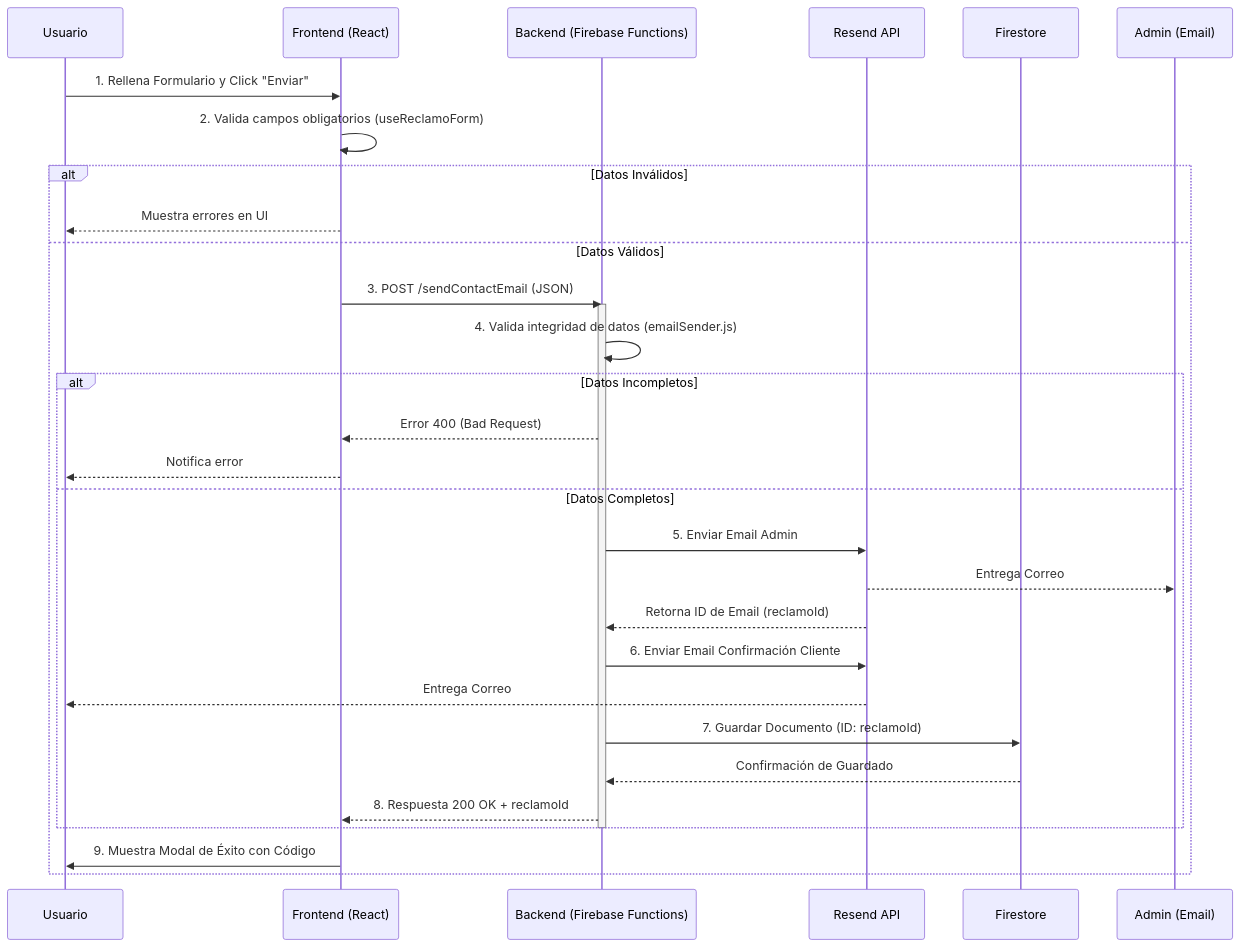
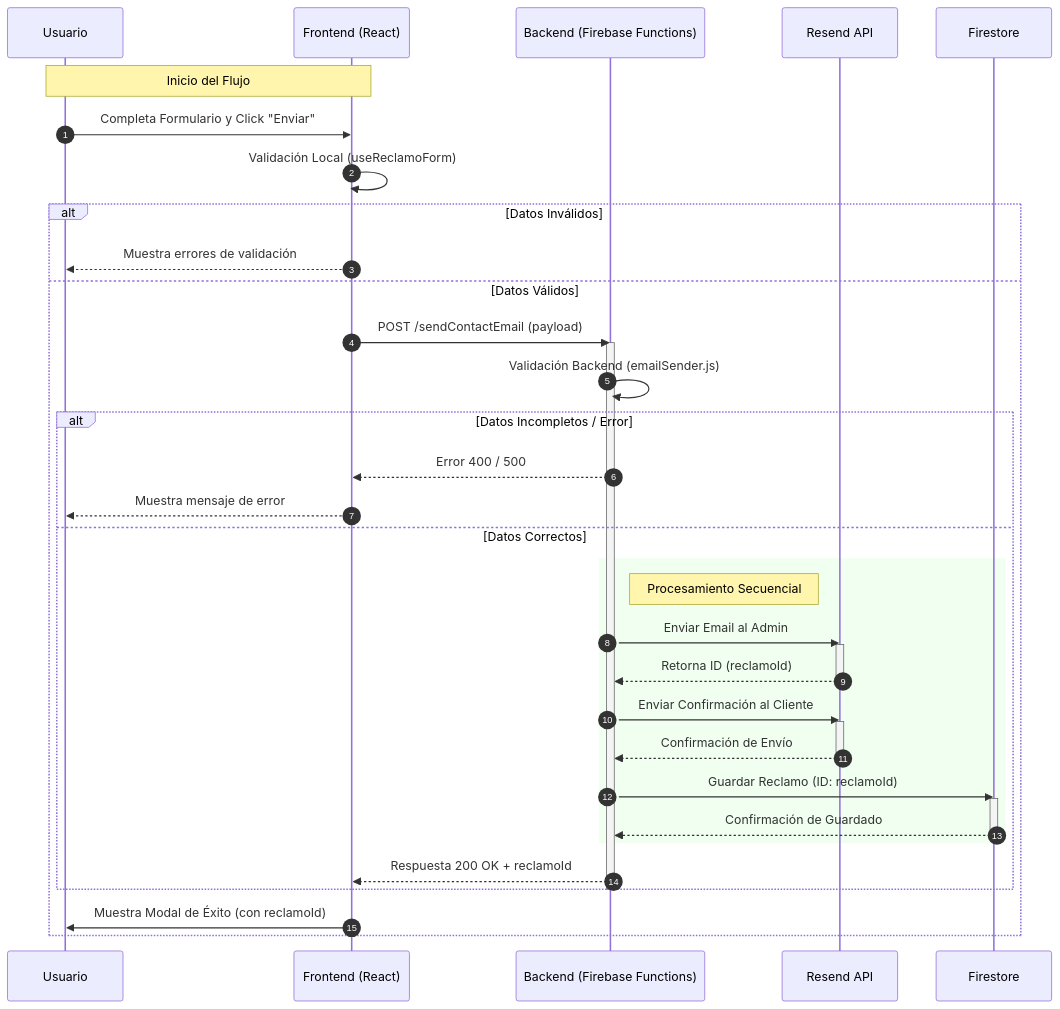
Before and after one commit to Slinkter/MyAppGlass: the diagram in docs/CASO_USO_LIBRO_RECLAMACIONES.md, drawn with Mermaid. The commit also changed 1 other file, not shown here.

````diff
--- a/docs/CASO_USO_LIBRO_RECLAMACIONES.md
+++ b/docs/CASO_USO_LIBRO_RECLAMACIONES.md
@@ -55,41 +55,55 @@
 ```mermaid
 sequenceDiagram
+    autonumber
     participant U as Usuario
     participant F as Frontend (React)
     participant B as Backend (Firebase Functions)
     participant R as Resend API
     participant DB as Firestore
-    participant A as Admin (Email)
 
-    U->>F: 1. Rellena Formulario y Click "Enviar"
-    F->>F: 2. Valida campos obligatorios (useReclamoForm)
+    Note over U, F: Inicio del Flujo
+
+    U->>F: Completa Formulario y Click "Enviar"
+    F->>F: Validación Local (useReclamoForm)
 
     alt Datos Inválidos
-        F-->>U: Muestra errores en UI
+        F-->>U: Muestra errores de validación
     else Datos Válidos
-        F->>B: 3. POST /sendContactEmail (JSON)
+        F->>B: POST /sendContactEmail (payload)
         activate B
 
-        B->>B: 4. Valida integridad de datos (emailSender.js)
+        B->>B: Validación Backend (emailSender.js)
 
-        alt Datos Incompletos
-            B-->>F: Error 400 (Bad Request)
-            F-->>U: Notifica error
-        else Datos Completos
-            B->>R: 5. Enviar Email Admin
-            R-->>A: Entrega Correo
-            R-->>B: Retorna ID de Email (reclamoId)
+        alt Datos Incompletos / Error
+            B-->>F: Error 400 / 500
+            F-->>U: Muestra mensaje de error
+        else Datos Correctos
+            rect rgb(240, 255, 240)
+                Note right of B: Procesamiento Secuencial
+                
+                %% 1. Email Admin
+                B->>R: Enviar Email al Admin
+                activate R
+                R-->>B: Retorna ID (reclamoId)
+                deactivate R
+                
+                %% 2. Email Cliente
+                B->>R: Enviar Confirmación al Cliente
+                activate R
+                R-->>B: Confirmación de Envío
+                deactivate R
 
-            B->>R: 6. Enviar Email Confirmación Cliente
-            R-->>U: Entrega Correo
+                %% 3. Guardar en Firestore
+                B->>DB: Guardar Reclamo (ID: reclamoId)
+                activate DB
+                DB-->>B: Confirmación de Guardado
+                deactivate DB
+            end
 
-            B->>DB: 7. Guardar Documento (ID: reclamoId)
-            DB-->>B: Confirmación de Guardado
-
-            B-->>F: 8. Respuesta 200 OK + reclamoId
+            B-->>F: Respuesta 200 OK + reclamoId
         end
         deactivate B
 
-        F->>U: 9. Muestra Modal de Éxito con Código
+        F->>U: Muestra Modal de Éxito (con reclamoId)
     end
 ```
````
